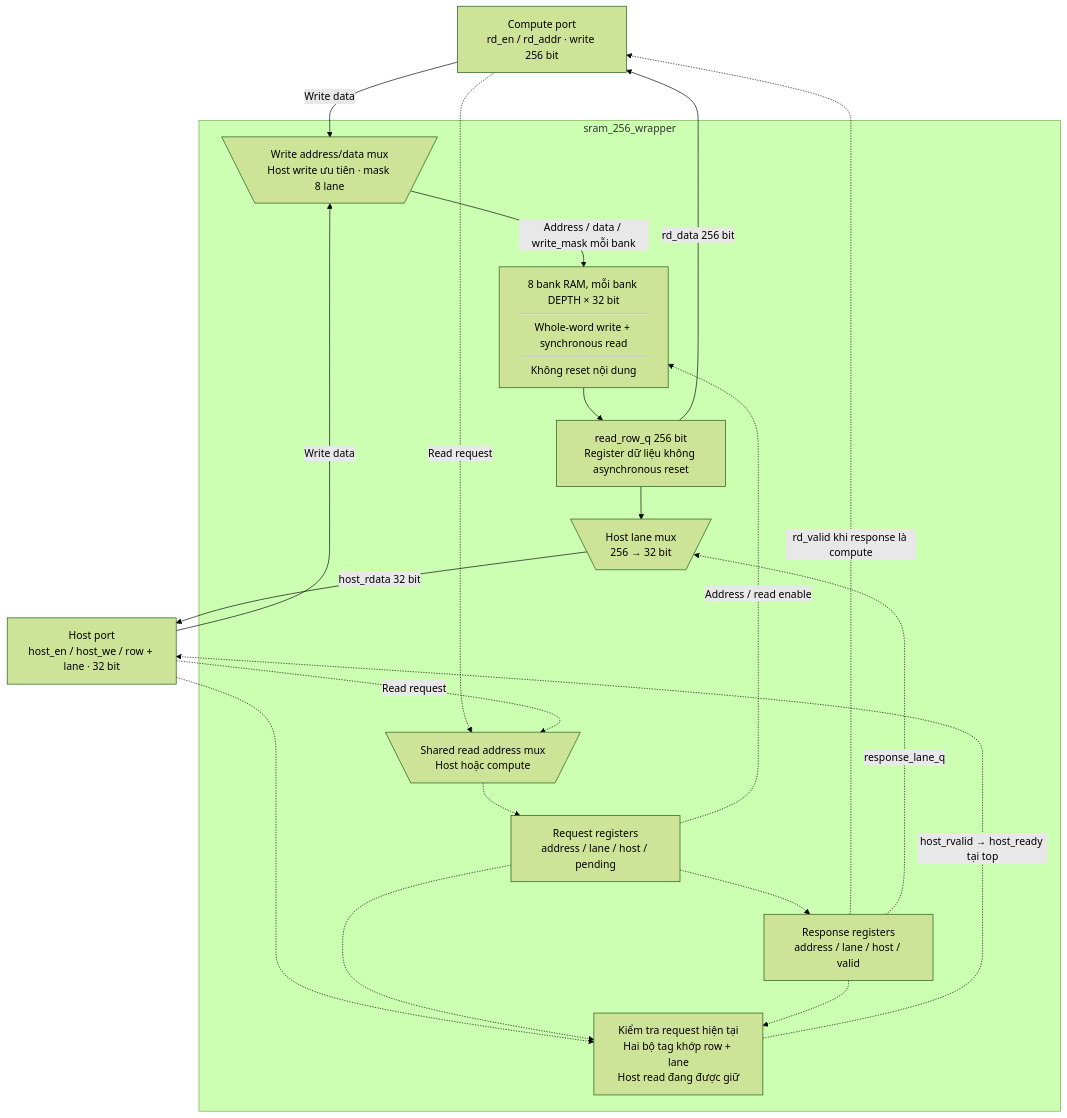
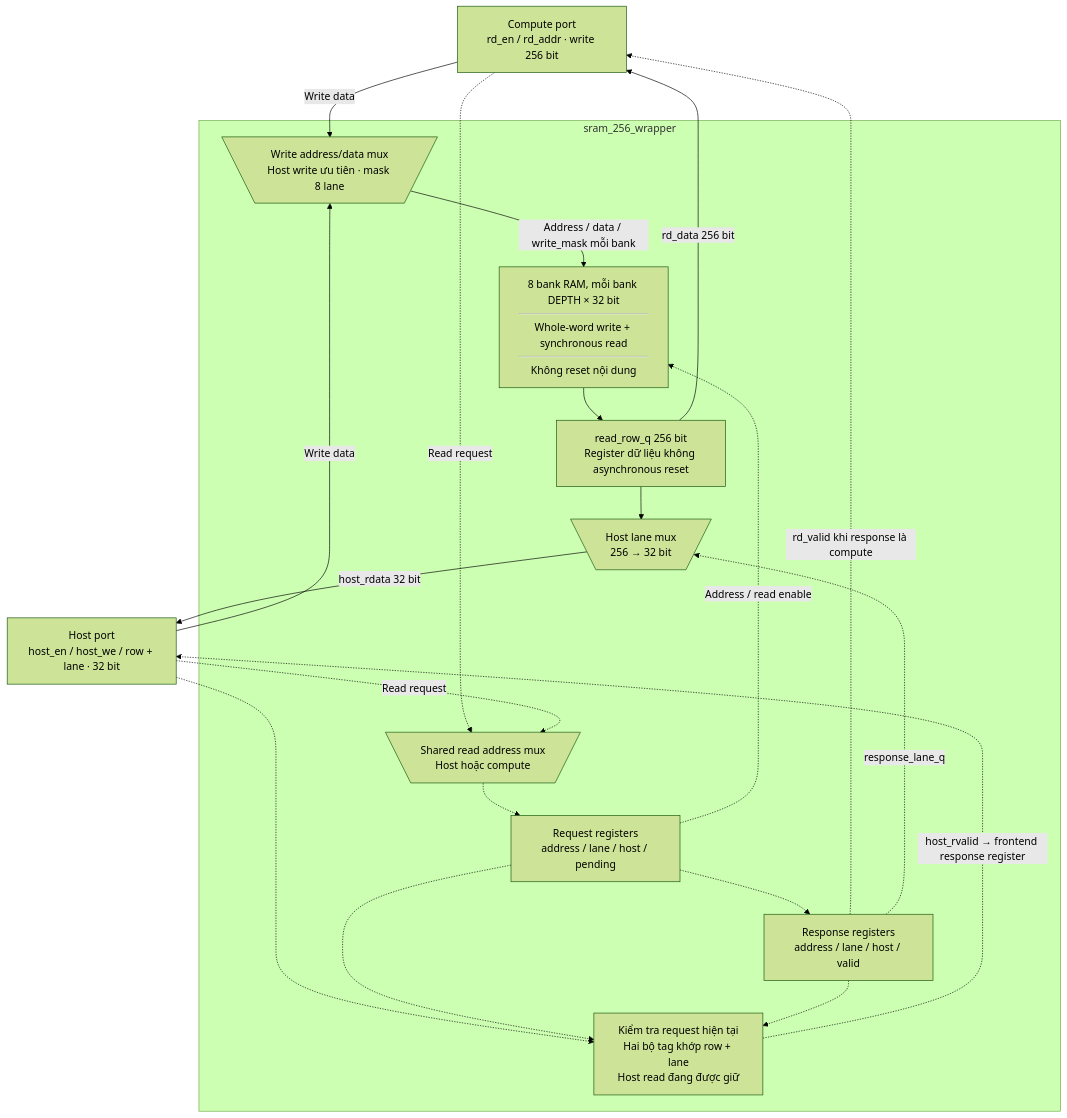
The first of 2 diagrams in docs/source_guide/blocks/sram_256_wrapper.sv.md (nguyennhutkhanhtom/NPU), drawn with Mermaid (forest theme) before and after one commit. The commit also changed other lines of this file and 608 other files, not shown here.

Commit message:
Implement autonomous RTL language graph with verified units and timing evidence

````diff
--- a/docs/source_guide/blocks/sram_256_wrapper.sv.md
+++ b/docs/source_guide/blocks/sram_256_wrapper.sv.md
@@ -15,33 +15,33 @@
 ```mermaid
 flowchart TB
     C["Compute port<br/>rd_en / rd_addr · write 256 bit"]
     H["Host port<br/>host_en / host_we / row + lane · 32 bit"]
     subgraph SRAM["sram_256_wrapper"]
         WM@{ shape: trap-t, label: "Write address/data mux<br/>Host write ưu tiên · mask 8 lane" }
         RM@{ shape: trap-t, label: "Shared read address mux<br/>Host hoặc compute" }
         REQ["Request registers<br/>address / lane / host / pending"]
         MEM@{ shape: rect, label: "8 bank RAM, mỗi bank DEPTH × 32 bit<hr/>Whole-word write + synchronous read<hr/>Không reset nội dung" }
         DATA["read_row_q 256 bit<br/>Register dữ liệu không asynchronous reset"]
         TAG["Response registers<br/>address / lane / host / valid"]
         LANE@{ shape: trap-t, label: "Host lane mux<br/>256 → 32 bit" }
         MATCH["Kiểm tra request hiện tại<br/>Hai bộ tag khớp row + lane<br/>Host read đang được giữ" ]
     end
     C -->|"Write data"| WM
     H -->|"Write data"| WM
     WM -->|"Address / data / write_mask mỗi bank"| MEM
     C -.->|"Read request"| RM
     H -.->|"Read request"| RM
     RM -.-> REQ
     REQ -.->|"Address / read enable"| MEM
     MEM --> DATA
     REQ -.-> TAG
     DATA -->|"rd_data 256 bit"| C
     TAG -.->|"rd_valid khi response là compute"| C
     DATA --> LANE
     TAG -.->|"response_lane_q"| LANE
     LANE -->|"host_rdata 32 bit"| H
     H -.-> MATCH
     REQ -.-> MATCH
     TAG -.-> MATCH
-    MATCH -.->|"host_rvalid → host_ready tại top"| H
+    MATCH -.->|"host_rvalid → frontend response register"| H
 ```
````
